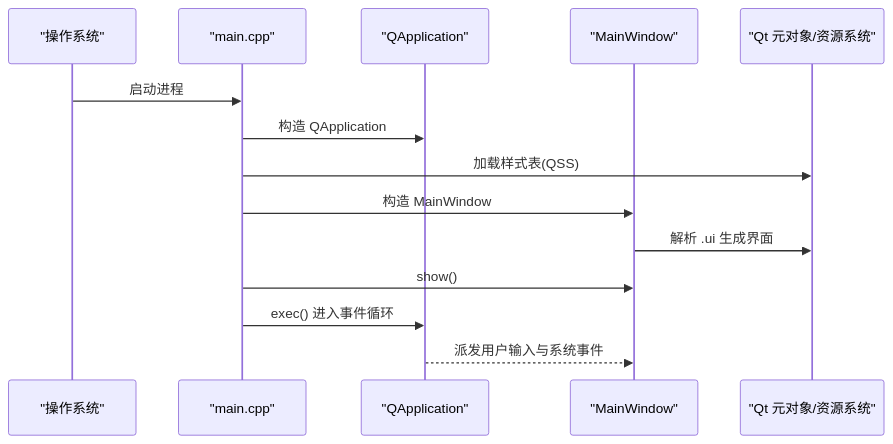
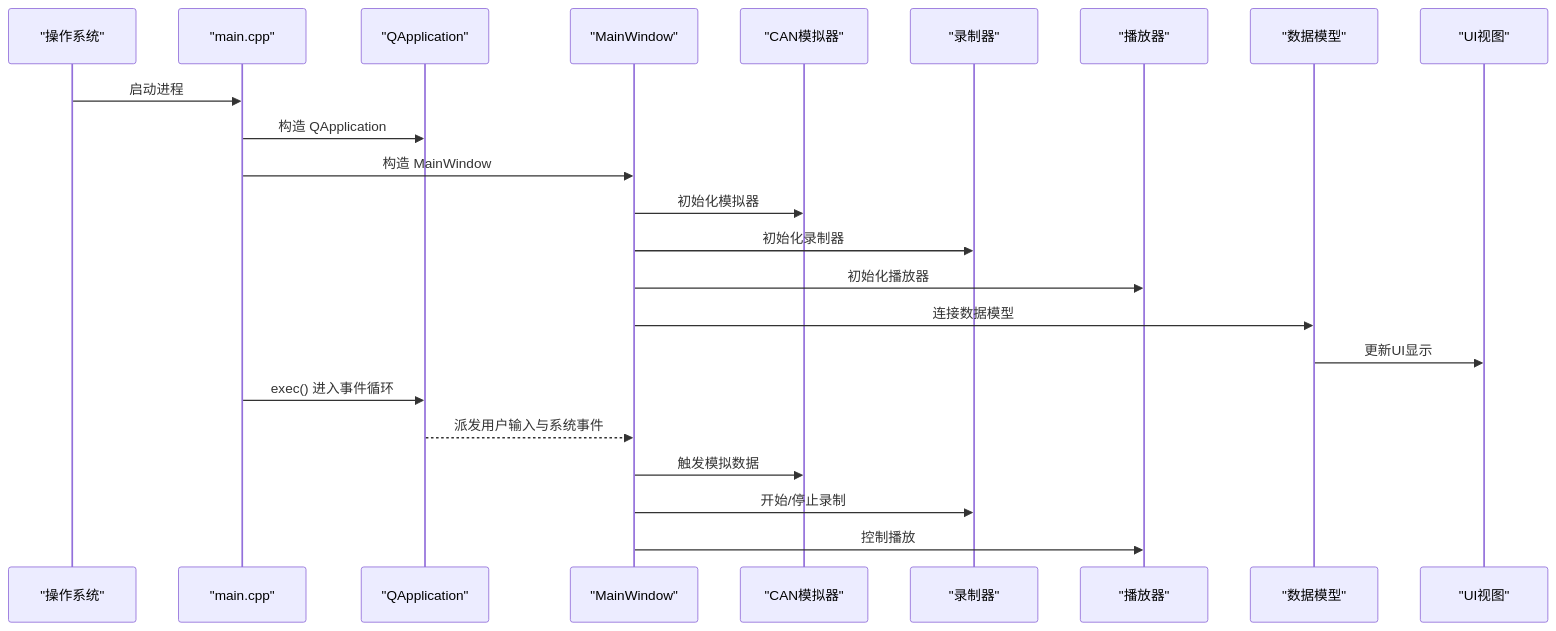
The second of 5 diagrams in .qoder/repowiki/zh/content/核心模块详解/核心模块详解.md (jakecai1225-design/OpenBus), drawn with Mermaid before and after one commit. The commit also changed other lines of this file and 31 other files, not shown here.

````diff
--- a/.qoder/repowiki/zh/content/核心模块详解/核心模块详解.md
+++ b/.qoder/repowiki/zh/content/核心模块详解/核心模块详解.md
@@ -92,16 +152,25 @@
 ```mermaid
 sequenceDiagram
 participant OS as "操作系统"
 participant Main as "main.cpp"
 participant App as "QApplication"
 participant Win as "MainWindow"
-participant UIC as "Qt 元对象/资源系统"
+participant Sim as "CAN模拟器"
+participant Rec as "录制器"
+participant Play as "播放器"
+participant Model as "数据模型"
+participant View as "UI视图"
 OS->>Main : 启动进程
 Main->>App : 构造 QApplication
-Main->>UIC : 加载样式表(QSS)
 Main->>Win : 构造 MainWindow
-Win->>UIC : 解析 .ui 生成界面
-Main->>Win : show()
+Win->>Sim : 初始化模拟器
+Win->>Rec : 初始化录制器
+Win->>Play : 初始化播放器
+Win->>Model : 连接数据模型
+Model->>View : 更新UI显示
 Main->>App : exec() 进入事件循环
 App-->>Win : 派发用户输入与系统事件
+Win->>Sim : 触发模拟数据
+Win->>Rec : 开始/停止录制
+Win->>Play : 控制播放
 ```
````
